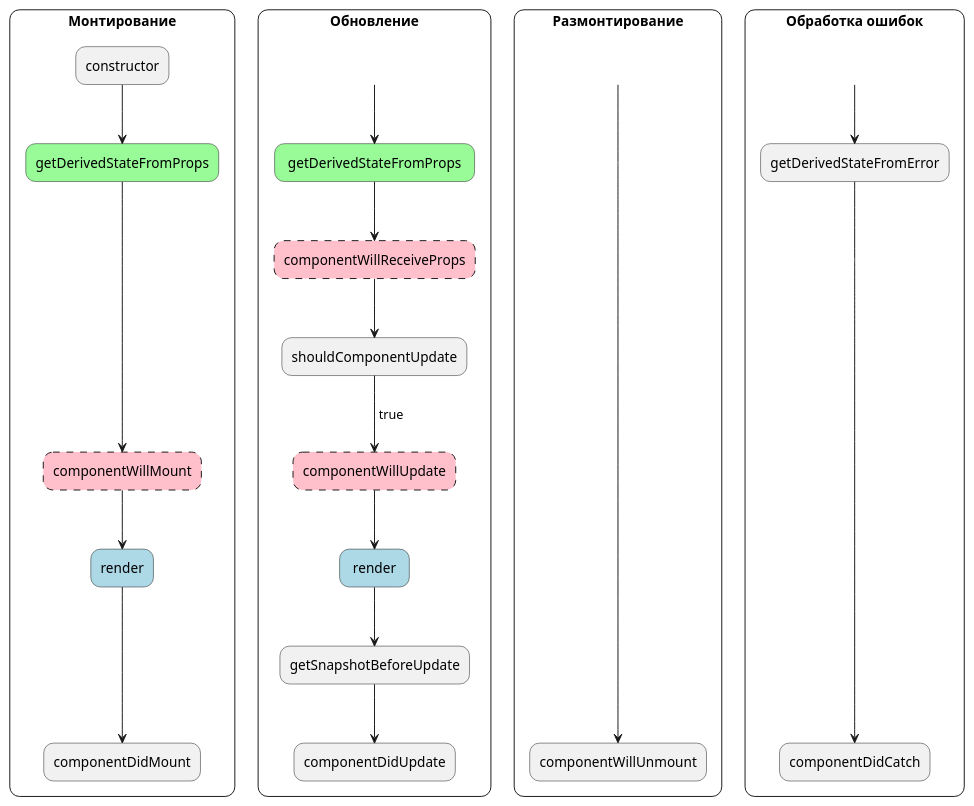
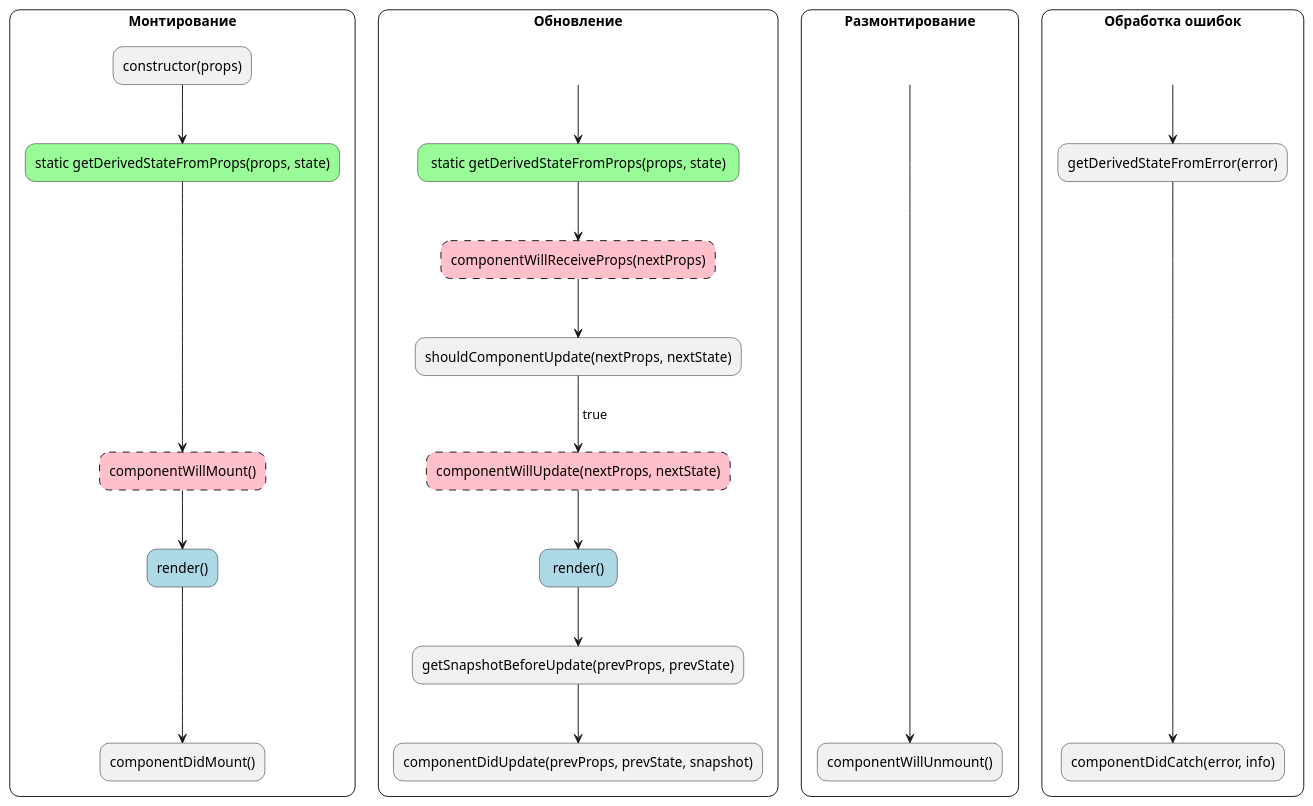
The diagram in README.md (HunteRPVP/React-Lifecycle-Diagram), drawn with PlantUML before and after one commit. The commit also changed other lines of this file, not shown here.

````diff
--- a/README.md
+++ b/README.md
@@ -3,61 +3,61 @@
 ```plantuml
 @startuml
 skinparam rectangle {
 RoundCorner 20
 shadowing false
 }
 
 rectangle Монтирование {
 
-rectangle constructor
-rectangle getDerivedStateFromProps #palegreen
-rectangle componentWillMount #pink;line.dashed
-rectangle render #lightblue
-rectangle componentDidMount
+rectangle "constructor(props)" as con
+rectangle "static getDerivedStateFromProps(props, state)" as gdsfp1 #palegreen
+rectangle "componentWillMount()" as cwm #pink;line.dashed
+rectangle "render()" as ren #lightblue
+rectangle "componentDidMount()" as cdm
 
-constructor --> getDerivedStateFromProps
-getDerivedStateFromProps ----> componentWillMount
-componentWillMount --> render
-render ---> componentDidMount
+con --> gdsfp1
+gdsfp1 ----> cwm
+cwm --> ren
+ren ---> cdm
 }
 
 rectangle Обновление {
 
 rectangle "empty " as e #transparent;line:transparent;text:transparent
-rectangle " getDerivedStateFromProps " as gdsfp #palegreen
-rectangle componentWillReceiveProps #pink;line.dashed
-rectangle shouldComponentUpdate
-rectangle componentWillUpdate #pink;line.dashed
-rectangle " render " as r #lightblue
-rectangle getSnapshotBeforeUpdate
-rectangle componentDidUpdate
+rectangle " static getDerivedStateFromProps(props, state) " as gdsfp #palegreen
+rectangle "componentWillReceiveProps(nextProps)" as cwrp #pink;line.dashed
+rectangle "shouldComponentUpdate(nextProps, nextState)" as scu
+rectangle "componentWillUpdate(nextProps, nextState)" as cwu #pink;line.dashed
+rectangle " render() " as r #lightblue
+rectangle "getSnapshotBeforeUpdate(prevProps, prevState)" as gsbu
+rectangle "componentDidUpdate(prevProps, prevState, snapshot)" as cdu
 
 e --> gdsfp
-gdsfp --> componentWillReceiveProps
-componentWillReceiveProps --> shouldComponentUpdate
-shouldComponentUpdate --> componentWillUpdate : " true"
-componentWillUpdate --> r
-r --> getSnapshotBeforeUpdate
-getSnapshotBeforeUpdate --> componentDidUpdate
+gdsfp --> cwrp
+cwrp --> scu
+scu --> cwu : " true"
+cwu --> r
+r --> gsbu
+gsbu --> cdu
 }
 
 rectangle Размонтирование {
 
 rectangle empty #transparent;line:transparent;text:transparent
-rectangle componentWillUnmount
+rectangle "componentWillUnmount()" as cwum
 
-empty --------> componentWillUnmount
+empty --------> cwum
 }
 
 rectangle "Обработка ошибок" {
 
 rectangle "empty  " as em #transparent;line:transparent;text:transparent
 
-rectangle getDerivedStateFromError
-rectangle componentDidCatch
+rectangle "getDerivedStateFromError(error)" as gdsfe
+rectangle "componentDidCatch(error, info)" as cdc
 
-em --> getDerivedStateFromError
-getDerivedStateFromError -------> componentDidCatch
+em --> gdsfe
+gdsfe -------> cdc
 }
 @enduml
 ```
````
